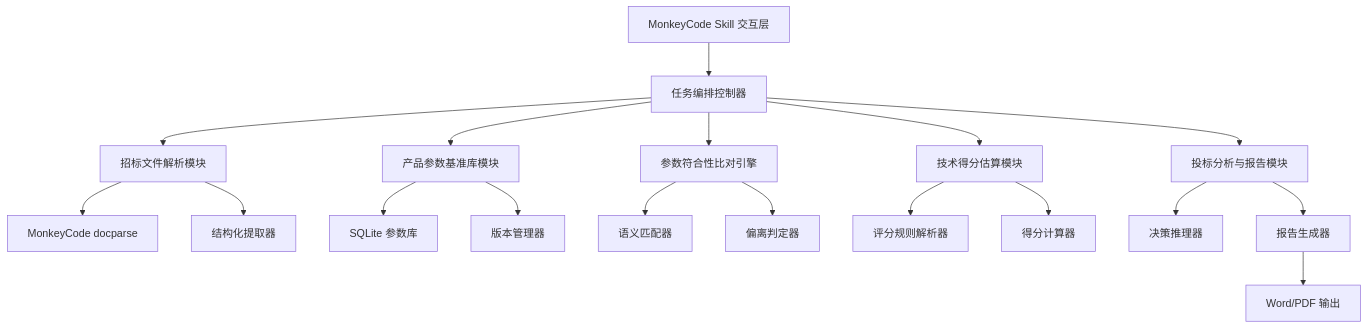
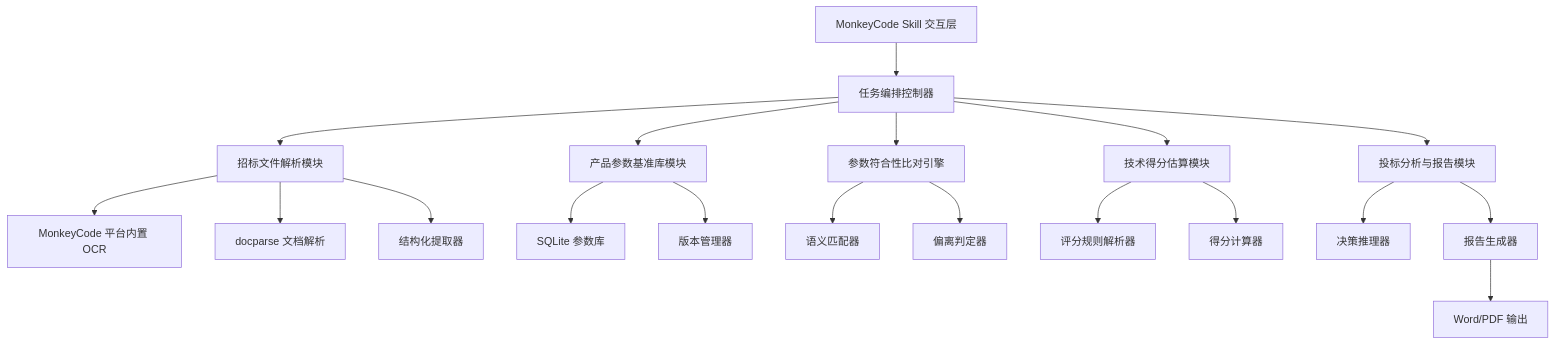
One commit to weilian321/- changed the first of 4 diagrams in .monkeycode/specs/bid-parameter-intelligent-analysis/design.md. Above: the diagram before and after it, drawn with Mermaid. The commit also changed other lines of this file, not shown here.

Commit message:
docs: update OCR to platform built-in OCR per tech decision Co-authored-by: monkeycode-ai <monkeycode-ai@chaitin.com>

````diff
--- a/.monkeycode/specs/bid-parameter-intelligent-analysis/design.md
+++ b/.monkeycode/specs/bid-parameter-intelligent-analysis/design.md
@@ -18,20 +18,21 @@
 ```mermaid
 graph TD
     A["MonkeyCode Skill 交互层"] --> B["任务编排控制器"]
     B --> C["招标文件解析模块"]
     B --> D["产品参数基准库模块"]
     B --> E["参数符合性比对引擎"]
     B --> F["技术得分估算模块"]
     B --> G["投标分析与报告模块"]
-    C --> H["MonkeyCode docparse"]
+    C --> H["MonkeyCode 平台内置 OCR"]
+    C --> H2["docparse 文档解析"]
     C --> I["结构化提取器"]
     D --> J["SQLite 参数库"]
     D --> K["版本管理器"]
     E --> L["语义匹配器"]
     E --> M["偏离判定器"]
     F --> N["评分规则解析器"]
     F --> O["得分计算器"]
     G --> P["决策推理器"]
     G --> Q["报告生成器"]
     Q --> R["Word/PDF 输出"]
 ```
````
